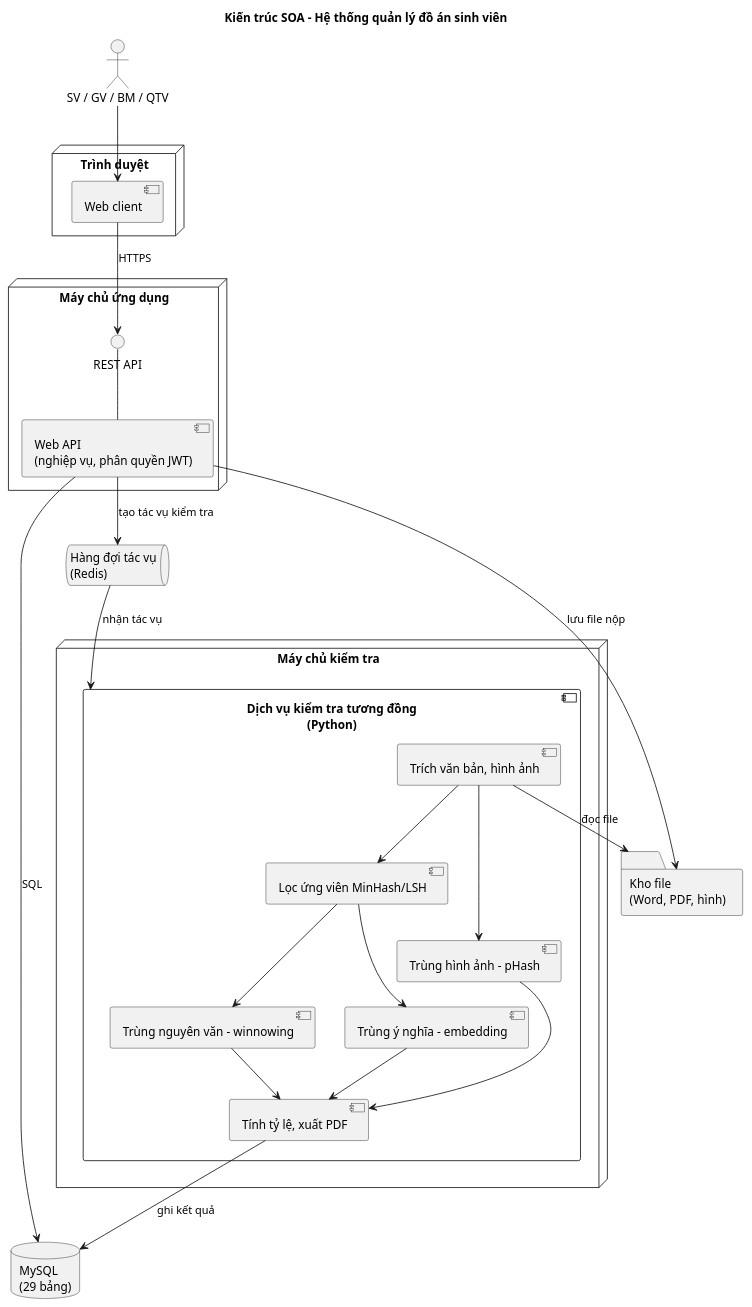
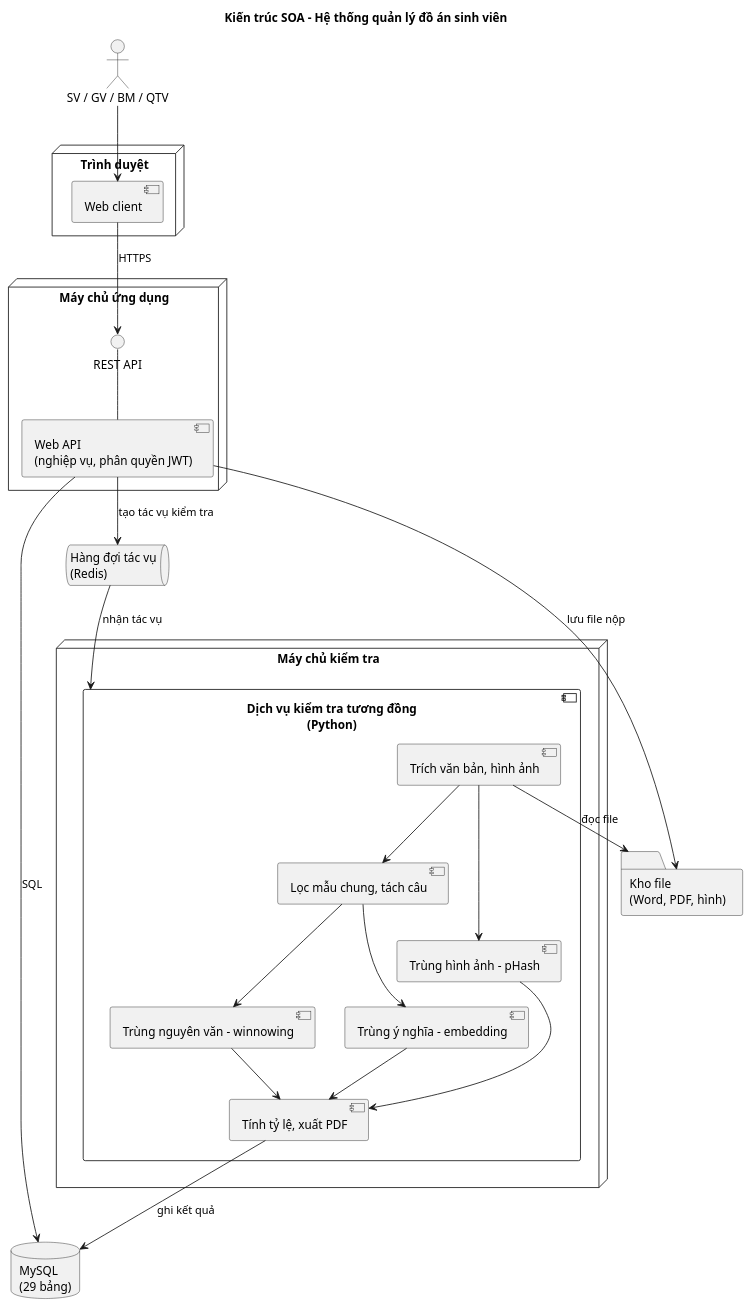
Before and after one commit to dtc235200036-alt/ICTU-DATN-NguyenThiMaiAnh: the diagram in docs/chuong-3-thiet-ke/nhap/kien_truc_soa.puml, drawn with PlantUML. The commit also changed 46 other files, not shown here.

```diff
--- a/docs/chuong-3-thiet-ke/nhap/kien_truc_soa.puml
+++ b/docs/chuong-3-thiet-ke/nhap/kien_truc_soa.puml
@@ -1,48 +1,48 @@
 @startuml
 title Kiến trúc SOA – Hệ thống quản lý đồ án sinh viên
 skinparam defaultFontName Arial
 skinparam componentStyle uml2
 
 actor "SV / GV / BM / QTV" as User
 
 node "Trình duyệt" {
   [Web client] as Client
 }
 
 node "Máy chủ ứng dụng" {
   component "Web API\n(nghiệp vụ, phân quyền JWT)" as API
   interface "REST API" as REST
   API -up- REST
 }
 
 node "Máy chủ kiểm tra" {
   component "Dịch vụ kiểm tra tương đồng\n(Python)" as SVC {
     [Trích văn bản, hình ảnh] as Extract
-    [Lọc ứng viên MinHash/LSH] as LSH
+    [Lọc mẫu chung, tách câu] as Prep
     [Trùng nguyên văn – winnowing] as Winnow
     [Trùng ý nghĩa – embedding] as Embed
     [Trùng hình ảnh – pHash] as PHash
     [Tính tỷ lệ, xuất PDF] as Score
   }
 }
 
 queue "Hàng đợi tác vụ\n(Redis)" as Queue
 database "MySQL\n(29 bảng)" as DB
 folder "Kho file\n(Word, PDF, hình)" as Files
 
 User --> Client
 Client --> REST : HTTPS
 API --> DB : SQL
 API --> Files : lưu file nộp
 API --> Queue : tạo tác vụ kiểm tra
 Queue --> SVC : nhận tác vụ
 Extract --> Files : đọc file
-Extract --> LSH
-LSH --> Winnow
-LSH --> Embed
+Extract --> Prep
+Prep --> Winnow
+Prep --> Embed
 Extract --> PHash
 Winnow --> Score
 Embed --> Score
 PHash --> Score
 Score --> DB : ghi kết quả
 @enduml
```
